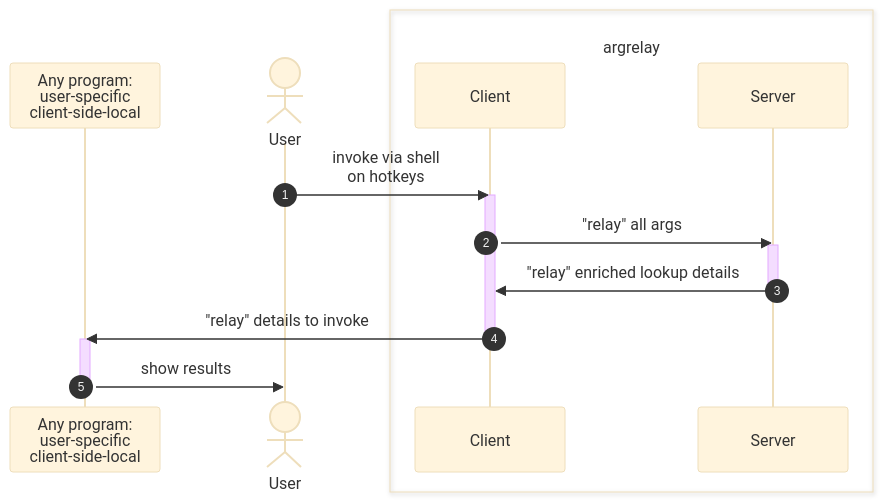
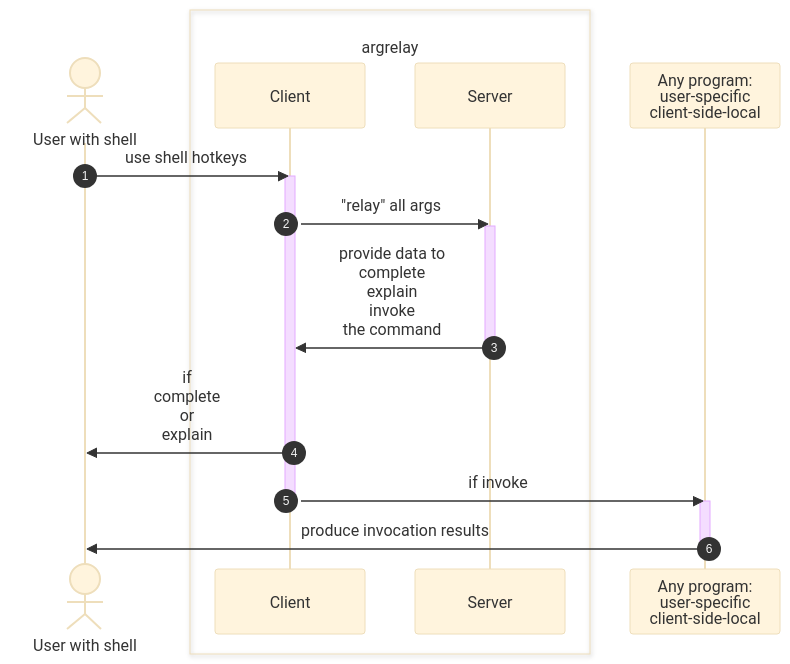
Before and after one commit to argrelay/argrelay: the first of 2 diagrams in readme.md, drawn with Mermaid (base theme). The commit also changed other lines of this file, not shown here.

````diff
--- a/readme.md
+++ b/readme.md
@@ -205,21 +59,22 @@
 ```mermaid
 sequenceDiagram
     autonumber
-    participant P as Any program:<br/>user-specific<br/>client-side-local
-    actor U as <br/>User
+    actor U as <br/>User with shell
     box transparent <br/>argrelay
     participant C as Client
     participant S as Server
     end
-    U ->> C: invoke via shell<br/>on hotkeys
+    participant P as Any program:<br/>user-specific<br/>client-side-local
+    U ->> C: use shell hotkeys
     activate C
     C ->> S: "relay" all args
     activate S
-    S ->> C: "relay" enriched lookup details
+    S ->> C: provide data to<br/>complete<br/>explain<br/>invoke<br/>the command
     deactivate S
-    C ->> P: "relay" details to invoke
+    C ->> U: if<br/>complete<br/>or<br/>explain
+    C ->> P: if invoke
     deactivate C
     activate P
-    P ->> U: show results
+    P ->> U: produce invocation results
     deactivate P
 ```
````
